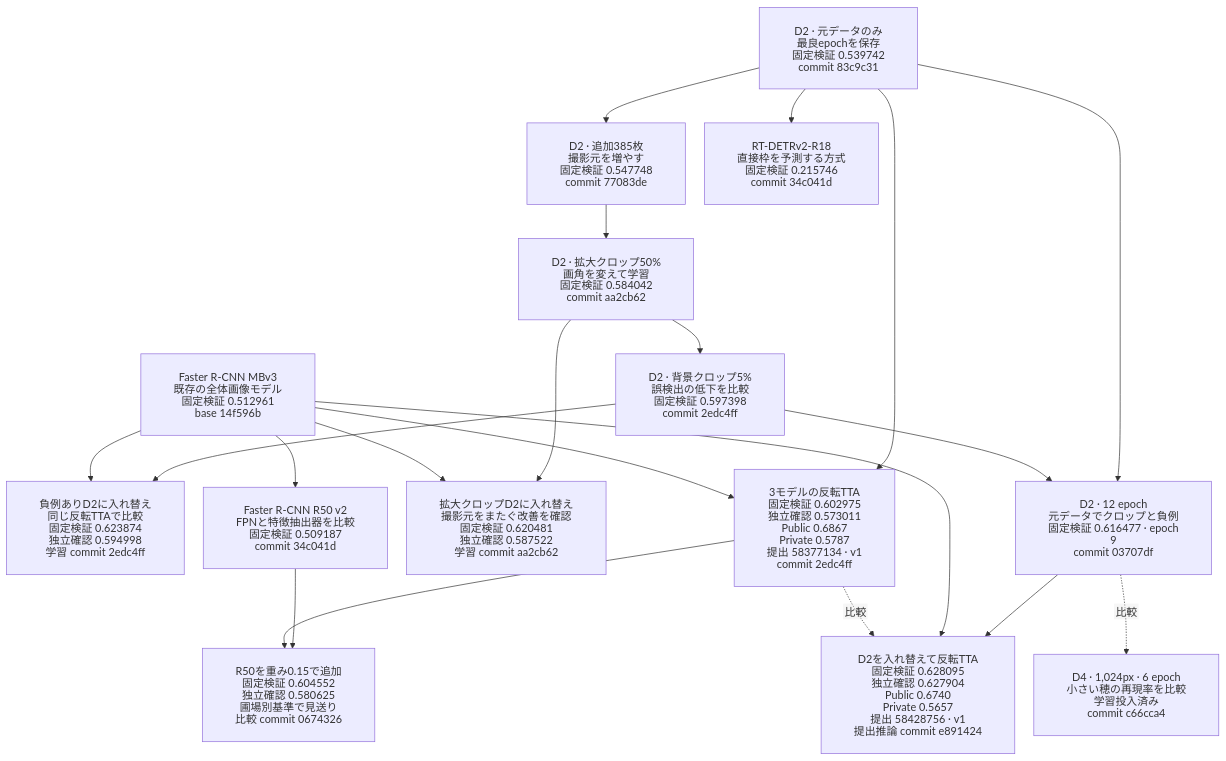
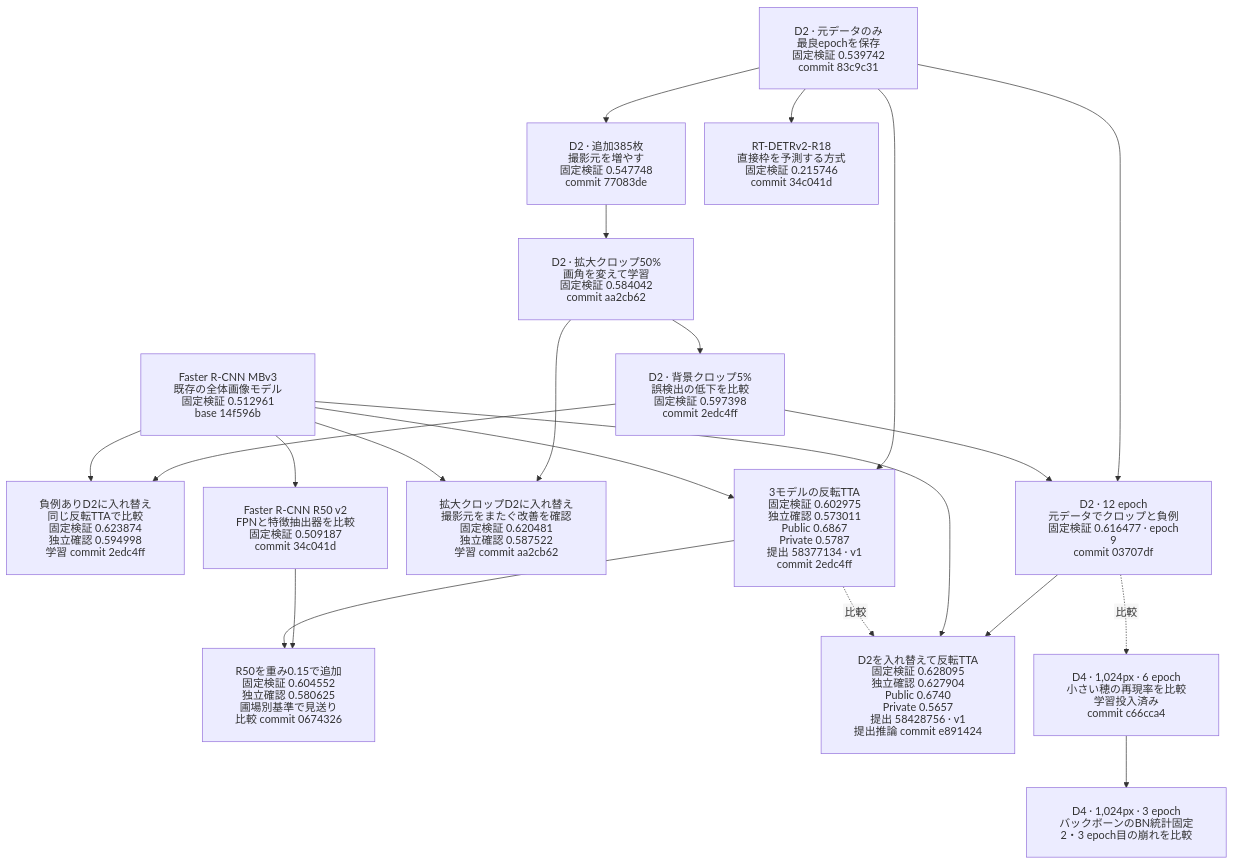
Before and after one commit to Yutarotaro/kaggle-global-wheat-detection: the fifth of 5 diagrams in docs/experiment-lineage.md, drawn with Mermaid. The commit also changed 5 other files, not shown here.

````diff
--- a/docs/experiment-lineage.md
+++ b/docs/experiment-lineage.md
@@ -164,36 +164,38 @@
 ```mermaid
 %%{init: {"htmlLabels": false, "flowchart": {"padding": 24, "nodeSpacing": 28}}}%%
 flowchart TB
     M["Faster R-CNN MBv3<br/>既存の全体画像モデル<br/>固定検証 0.512961<br/>base 14f596b"]
     D["D2 · 元データのみ<br/>最良epochを保存<br/>固定検証 0.539742<br/>commit 83c9c31"]
     F["D2 · 追加385枚<br/>撮影元を増やす<br/>固定検証 0.547748<br/>commit 77083de"]
     C["D2 · 拡大クロップ50%<br/>画角を変えて学習<br/>固定検証 0.584042<br/>commit aa2cb62"]
     N["D2 · 背景クロップ5%<br/>誤検出の低下を比較<br/>固定検証 0.597398<br/>commit 2edc4ff"]
     U["負例ありD2に入れ替え<br/>同じ反転TTAで比較<br/>固定検証 0.623874<br/>独立確認 0.594998<br/>学習 commit 2edc4ff"]
     S["3モデルの反転TTA<br/>固定検証 0.602975<br/>独立確認 0.573011<br/>Public 0.6867<br/>Private 0.5787<br/>提出 58377134 · v1<br/>commit 2edc4ff"]
     Z["拡大クロップD2に入れ替え<br/>撮影元をまたぐ改善を確認<br/>固定検証 0.620481<br/>独立確認 0.587522<br/>学習 commit aa2cb62"]
     T["RT-DETRv2-R18<br/>直接枠を予測する方式<br/>固定検証 0.215746<br/>commit 34c041d"]
     R["Faster R-CNN R50 v2<br/>FPNと特徴抽出器を比較<br/>固定検証 0.509187<br/>commit 34c041d"]
     R15["R50を重み0.15で追加<br/>固定検証 0.604552<br/>独立確認 0.580625<br/>圃場別基準で見送り<br/>比較 commit 0674326"]
     L["D2 · 12 epoch<br/>元データでクロップと負例<br/>固定検証 0.616477 · epoch 9<br/>commit 03707df"]
     P["D2を入れ替えて反転TTA<br/>固定検証 0.628095<br/>独立確認 0.627904<br/>Public 0.6740<br/>Private 0.5657<br/>提出 58428756 · v1<br/>提出推論 commit e891424"]
     D4["D4 · 1,024px · 6 epoch<br/>小さい穂の再現率を比較<br/>学習投入済み<br/>commit c66cca4"]
+    DB["D4 · 1,024px · 3 epoch<br/>バックボーンのBN統計固定<br/>2・3 epoch目の崩れを比較"]
 
     D --> F --> C --> N
     C --> Z
     M --> Z
     D --> S
     M --> S
     D --> T
     D --> L
     N --> L
     N --> U
     M --> U
     M --> R
     R --> R15
     S --> R15
     L --> P
     M --> P
     S -. 比較 .-> P
     L -. 比較 .-> D4
+    D4 --> DB
 ```
````
